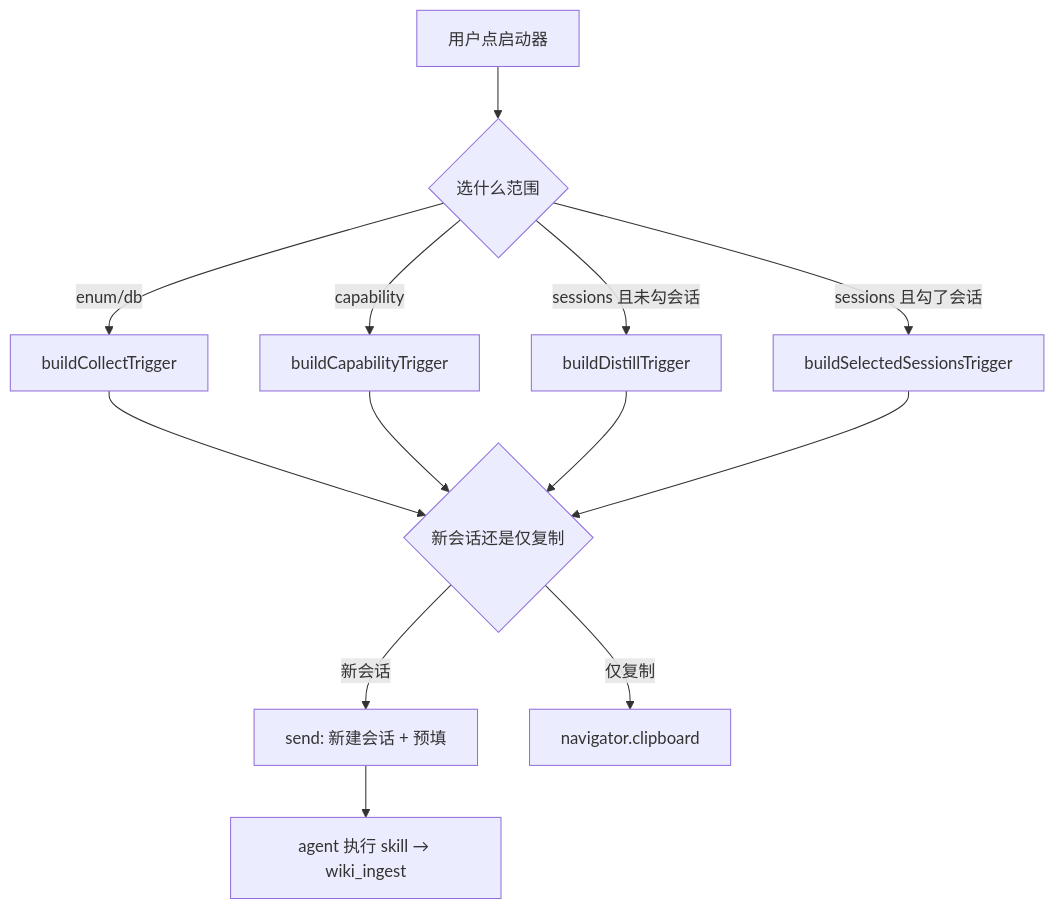
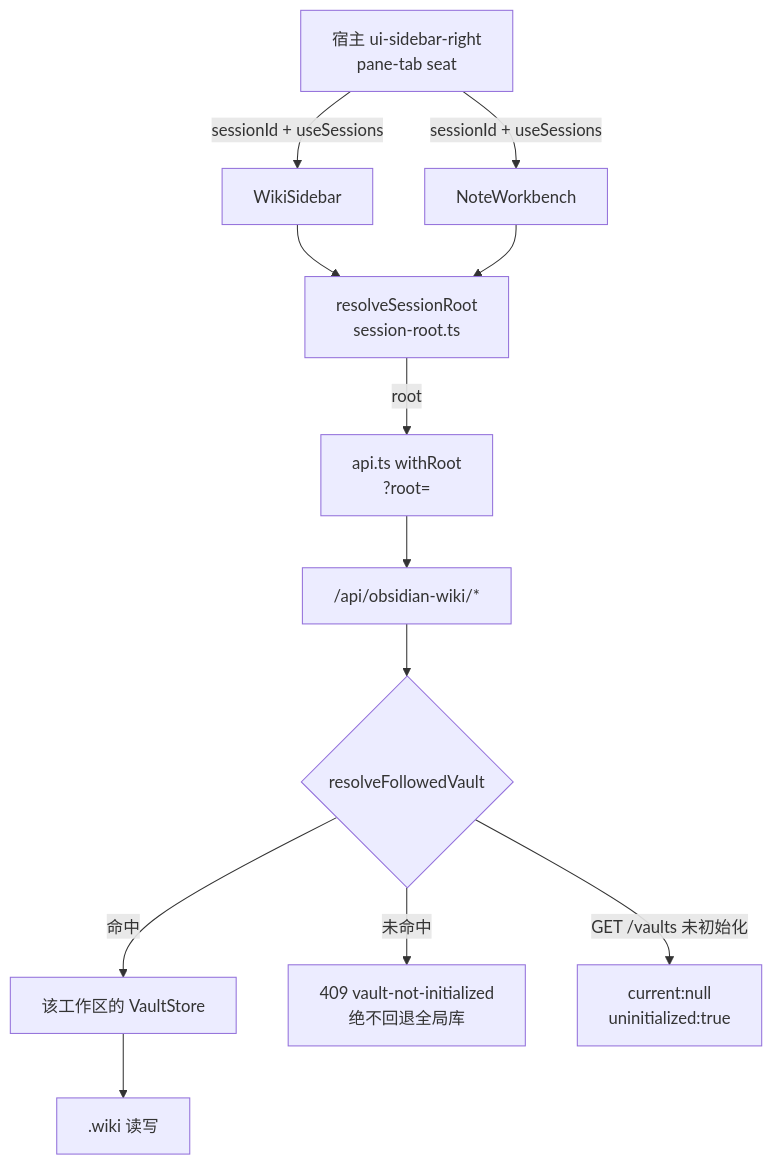
The first of 2 diagrams in .wiki/projects/capability-边栏-ui.md (yangdongzhen590/dsh-knj-obsidian), drawn with Mermaid before and after one commit. The commit also changed other lines of this file and 40 other files, not shown here.

First line of the commit message:
feat(client): 会话级面板绑定 + 新建会话/初始化走 uiWorkspace.startSession

````diff
--- a/.wiki/projects/capability-边栏-ui.md
+++ b/.wiki/projects/capability-边栏-ui.md
@@ -126,15 +172,14 @@
 ```mermaid
 graph TD
-  A[用户点启动器] --> B{选什么范围}
-  B -->|enum/db| C[buildCollectTrigger]
-  B -->|capability| D[buildCapabilityTrigger]
-  B -->|sessions 且未勾会话| E[buildDistillTrigger]
-  B -->|sessions 且勾了会话| F[buildSelectedSessionsTrigger]
-  C --> G{新会话还是仅复制}
-  D --> G
-  E --> G
-  F --> G
-  G -->|新会话| H[send: 新建会话 + 预填]
-  G -->|仅复制| I[navigator.clipboard]
-  H --> J[agent 执行 skill → wiki_ingest]
+  A["宿主 ui-sidebar-right<br/>pane-tab seat"] -->|sessionId + useSessions| B["WikiSidebar"]
+  A -->|sessionId + useSessions| C["NoteWorkbench"]
+  B --> D["resolveSessionRoot<br/>session-root.ts"]
+  C --> D
+  D -->|root| E["api.ts withRoot<br/>?root="]
+  E --> F["/api/obsidian-wiki/*"]
+  F --> G{"resolveFollowedVault"}
+  G -->|命中| H["该工作区的 VaultStore"]
+  G -->|未命中| I["409 vault-not-initialized<br/>绝不回退全局库"]
+  H --> J[".wiki 读写"]
+  G -->|GET /vaults 未初始化| K["current:null<br/>uninitialized:true"]
 ```
````
